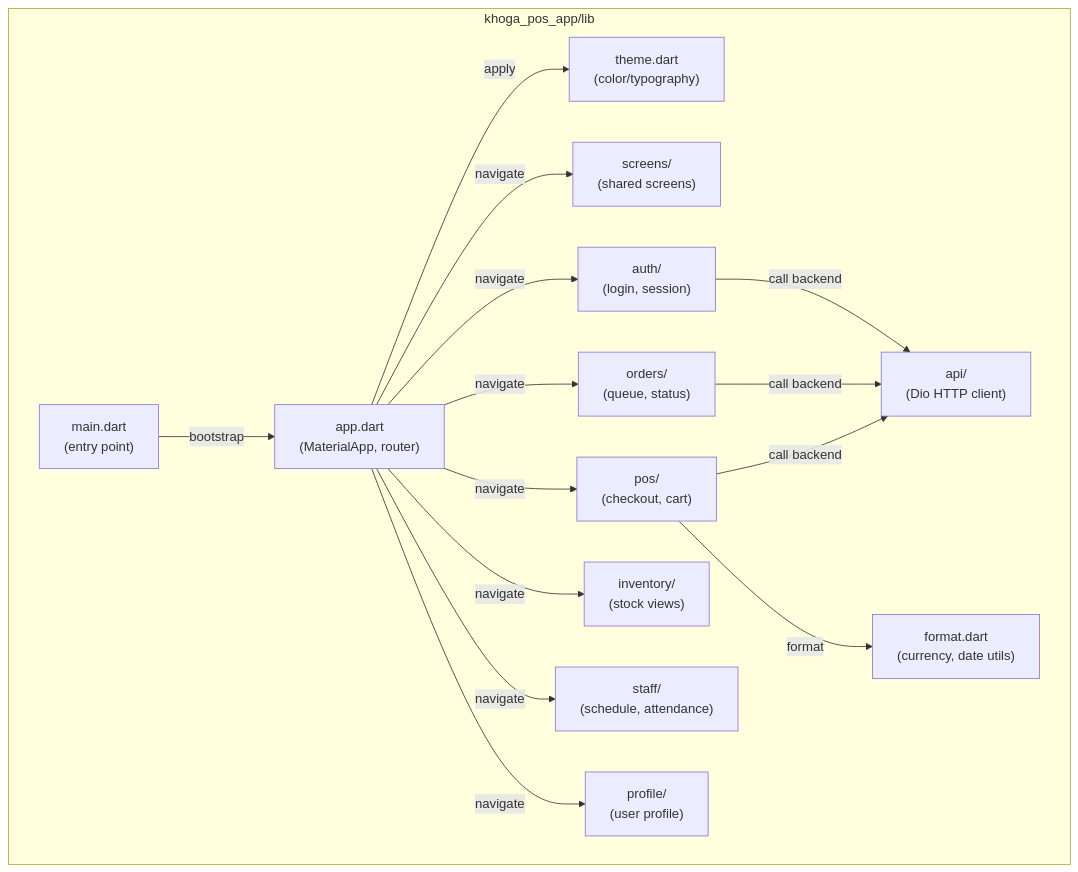
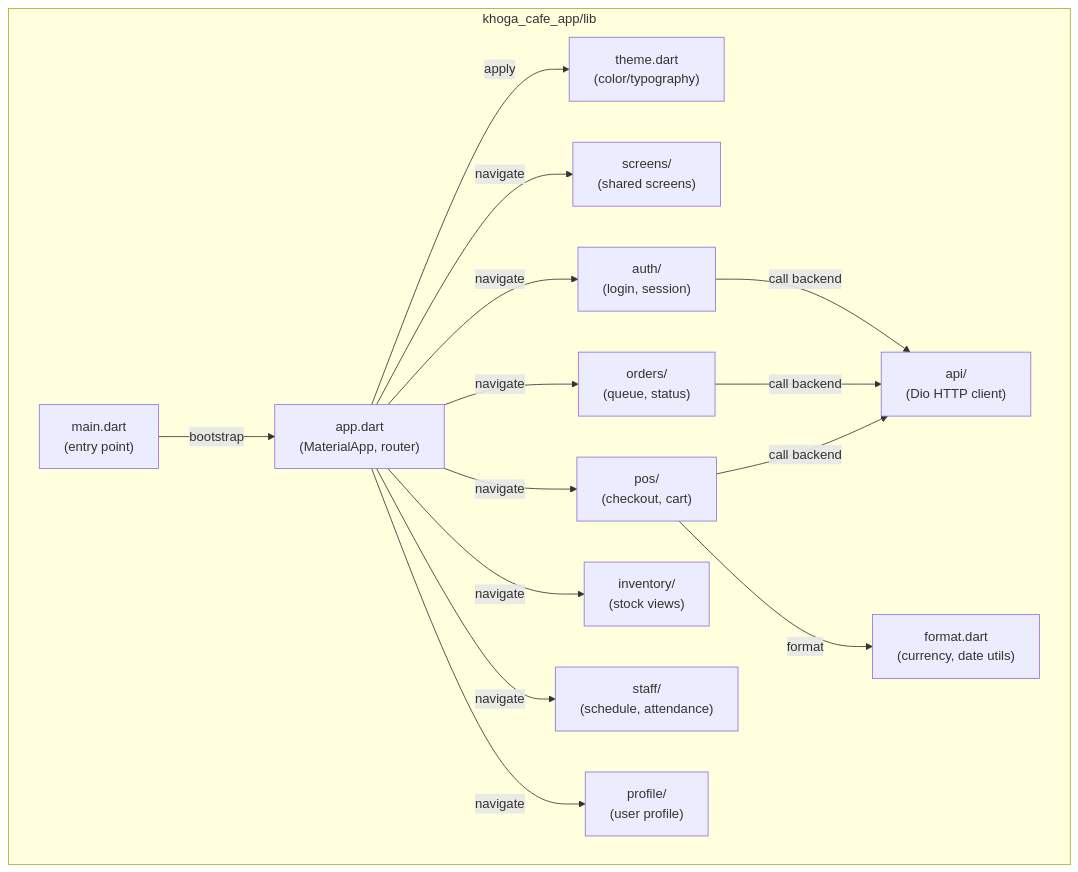
Before and after one commit to Shaichi/khoga_cafe: the third of 3 diagrams in docs/rds_sections/02_package_diagram.md, drawn with Mermaid. The commit also changed other lines of this file and 119 other files, not shown here.

Commit message:
feat: group size variants in POS app, add admin account

````diff
--- a/docs/rds_sections/02_package_diagram.md
+++ b/docs/rds_sections/02_package_diagram.md
@@ -129,31 +131,31 @@
 ```mermaid
 graph TB
-    subgraph FLUTTER["khoga_pos_app/lib"]
+    subgraph FLUTTER["khoga_cafe_app/lib"]
         MAIN_F["main.dart<br/>(entry point)"]
         APP_F["app.dart<br/>(MaterialApp, router)"]
         THEME["theme.dart<br/>(color/typography)"]
         SCREENS["screens/<br/>(shared screens)"]
         AUTH_F["auth/<br/>(login, session)"]
         POS_F["pos/<br/>(checkout, cart)"]
         ORDERS_F["orders/<br/>(queue, status)"]
         INVENTORY_F["inventory/<br/>(stock views)"]
         STAFF_F["staff/<br/>(schedule, attendance)"]
         PROFILE_F["profile/<br/>(user profile)"]
         API_F["api/<br/>(Dio HTTP client)"]
         FORMAT["format.dart<br/>(currency, date utils)"]
 
         MAIN_F -->|bootstrap| APP_F
         APP_F -->|apply| THEME
         APP_F -->|navigate| SCREENS
         APP_F -->|navigate| AUTH_F
         APP_F -->|navigate| POS_F
         APP_F -->|navigate| ORDERS_F
         APP_F -->|navigate| INVENTORY_F
         APP_F -->|navigate| STAFF_F
         APP_F -->|navigate| PROFILE_F
         POS_F -->|call backend| API_F
         ORDERS_F -->|call backend| API_F
         AUTH_F -->|call backend| API_F
         POS_F -->|format| FORMAT
     end
 ```
````
